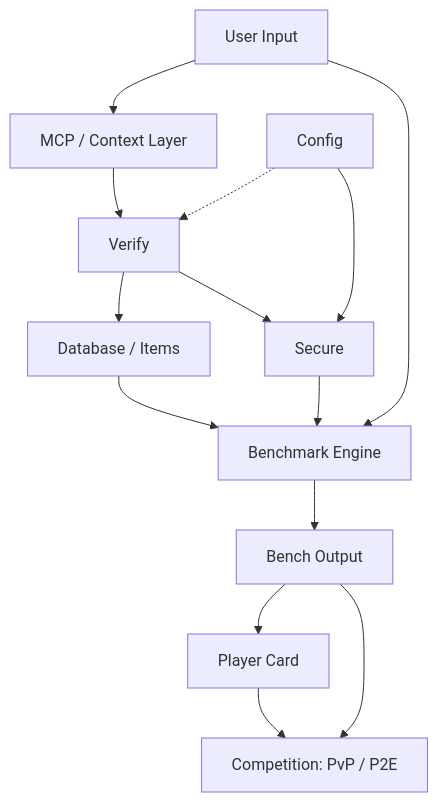
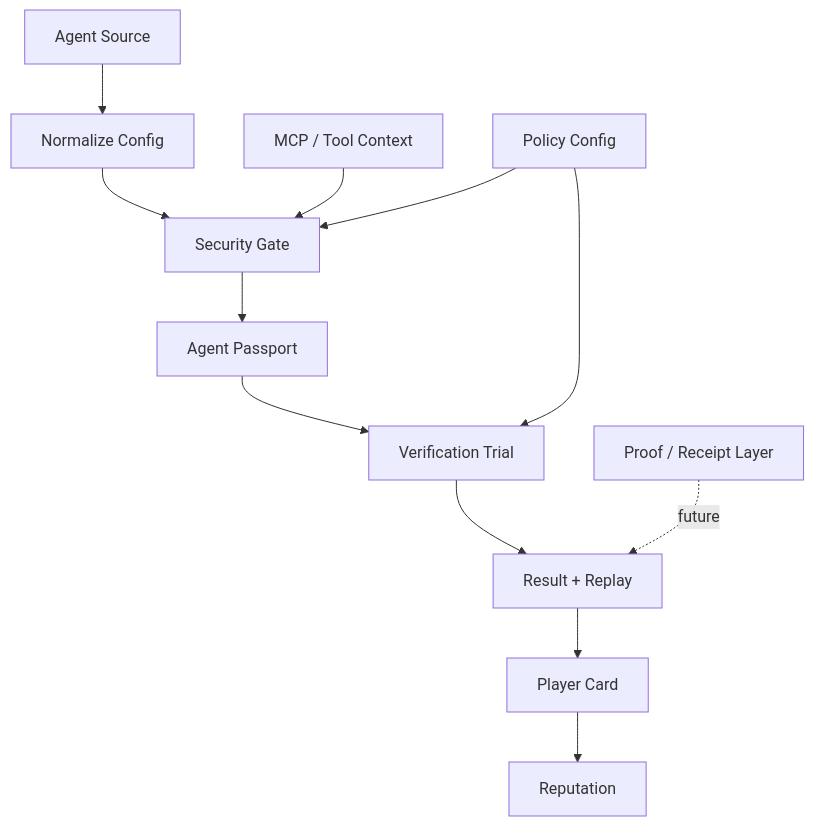
One commit to Vexera-Core/bencharena changed the diagram in README.md. Above: the diagram before and after it, drawn with Mermaid. The commit also changed other lines of this file and 1 other file, not shown here.

````diff
--- a/README.md
+++ b/README.md
@@ -51,20 +102,15 @@
 ```mermaid
 flowchart TD
-    A[User Input] --> B[MCP / Context Layer]
-    A --> F[Benchmark Engine]
+    A[Agent Source] --> B[Normalize Config]
+    B --> C[Security Gate]
+    C --> D[Agent Passport]
+    D --> E[Verification Trial]
+    E --> F[Result + Replay]
+    F --> G[Player Card]
+    G --> H[Reputation]
 
-    B --> C[Verify]
-    D[Config] -.-> C
-    D --> E[Secure]
-
-    C --> G[Database / Items]
-    C --> E
-
-    E --> F
-    G --> F
-
-    F --> H[Bench Output]
-    H --> I[Player Card]
-    H --> J[Competition: PvP / P2E]
-    I --> J
+    I[MCP / Tool Context] --> C
+    J[Policy Config] --> C
+    J --> E
+    K[Proof / Receipt Layer] -. future .-> F
 ```
````
